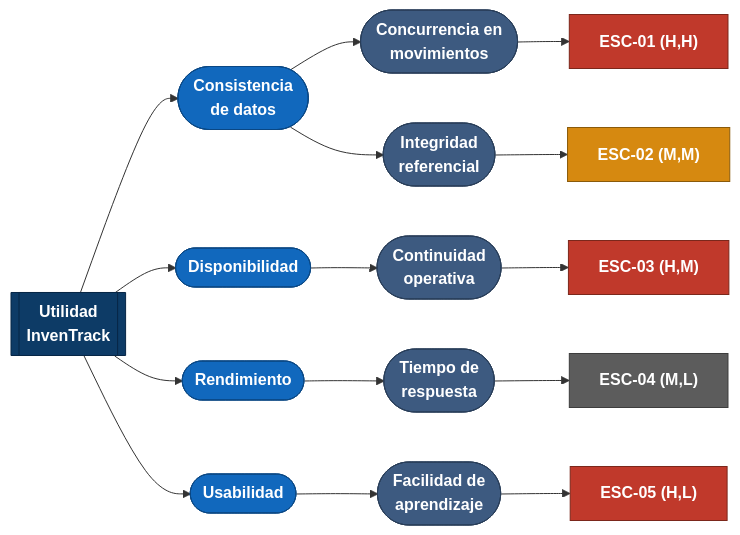
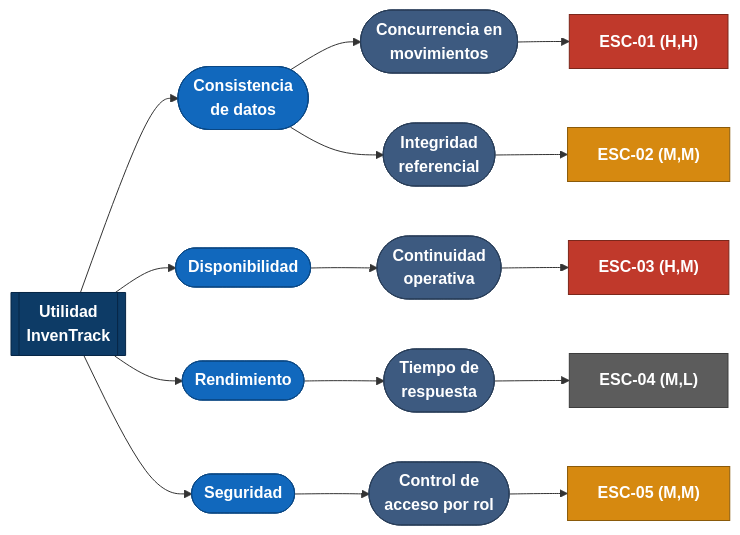
One commit to ISCOUTB/AS_202620_InvenTrack changed the diagram in docs/c4/utility-tree.md. Above: the diagram before and after it, drawn with Mermaid. The commit also changed other lines of this file, not shown here.

````diff
--- a/docs/c4/utility-tree.md
+++ b/docs/c4/utility-tree.md
@@ -9,35 +16,35 @@
 ```mermaid
 graph LR
     U[["Utilidad<br/>InvenTrack"]]
 
     U --> QA1(["Consistencia<br/>de datos"])
     U --> QA2(["Disponibilidad"])
     U --> QA3(["Rendimiento"])
-    U --> QA4(["Usabilidad"])
+    U --> QA4(["Seguridad"])
 
     QA1 --> R1(["Concurrencia en<br/>movimientos"])
     QA1 --> R2(["Integridad<br/>referencial"])
     QA2 --> R3(["Continuidad<br/>operativa"])
     QA3 --> R4(["Tiempo de<br/>respuesta"])
-    QA4 --> R5(["Facilidad de<br/>aprendizaje"])
+    QA4 --> R5(["Control de<br/>acceso por rol"])
 
     R1 --> S1["ESC-01 (H,H)"]
     R2 --> S2["ESC-02 (M,M)"]
     R3 --> S3["ESC-03 (H,M)"]
     R4 --> S4["ESC-04 (M,L)"]
-    R5 --> S5["ESC-05 (H,L)"]
+    R5 --> S5["ESC-05 (M,M)"]
 
     classDef root fill:#0d3b66,stroke:#082746,color:#ffffff,font-weight:bold
     classDef attr fill:#1168bd,stroke:#0b4884,color:#ffffff,font-weight:bold
     classDef refine fill:#3d5a80,stroke:#293e59,color:#ffffff
     classDef high fill:#c0392b,stroke:#7b271b,color:#ffffff,font-weight:bold
     classDef mid fill:#d68910,stroke:#8a5a0a,color:#ffffff,font-weight:bold
     classDef low fill:#5c5c5c,stroke:#3d3d3d,color:#ffffff,font-weight:bold
 
     class U root
     class QA1,QA2,QA3,QA4 attr
     class R1,R2,R3,R4,R5 refine
-    class S1,S3,S5 high
-    class S2 mid
+    class S1,S3 high
+    class S2,S5 mid
     class S4 low
 ```
````
